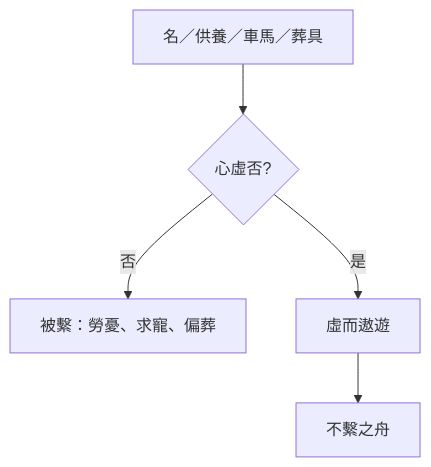
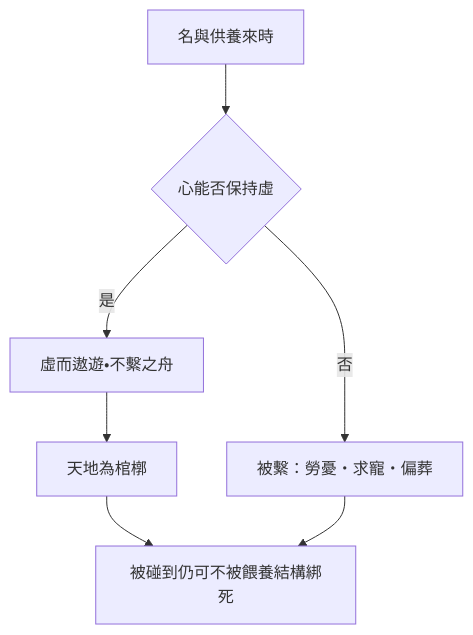
One commit to show0621/zhuangzi-atlas changed the second of 2 diagrams in content/chapters/03-雜篇/32-列御寇.md. Above: the diagram before and after it, drawn with Mermaid. The commit also changed other lines of this file and 61 other files, not shown here.

First line of the commit message:
editorial: §16 心智圖改為思想收束，與結構圖分工

````diff
--- a/content/chapters/03-雜篇/32-列御寇.md
+++ b/content/chapters/03-雜篇/32-列御寇.md
@@ -276,7 +277,9 @@
 ```mermaid
-flowchart TD
-  N[名／供養／車馬／葬具] --> V{心虛否?}
-  V -->|否| T[被繫：勞憂、求寵、偏葬]
-  V -->|是| U[虛而遨遊]
-  U --> W[不繫之舟]
+flowchart TB
+  Q[名與供養來時] --> V{心能否保持虛}
+  V -->|否| B[被繫：勞憂・求寵・偏葬]
+  V -->|是| X[虛而遨遊・不繫之舟]
+  X --> D[天地為棺槨]
+  D --> R[被碰到仍可不被餵養結構綁死]
+  B --> R
 ```
````
